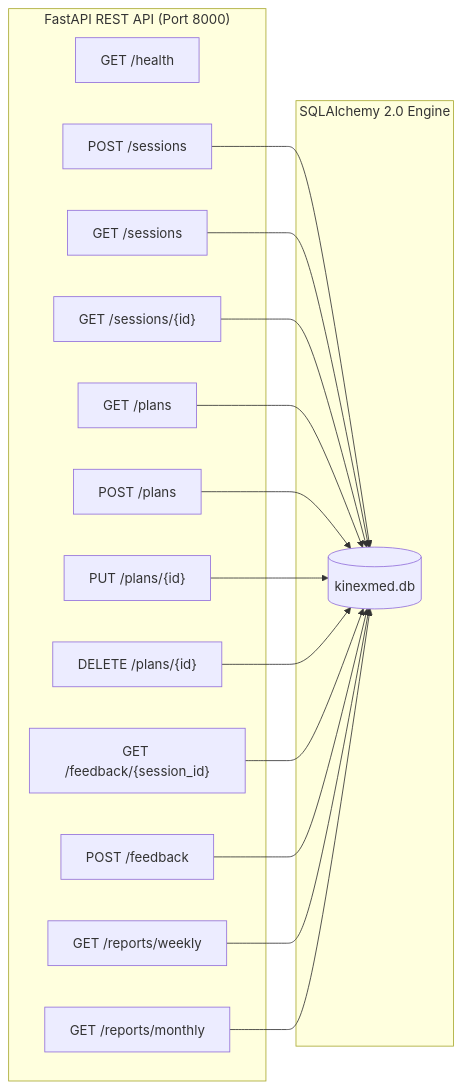
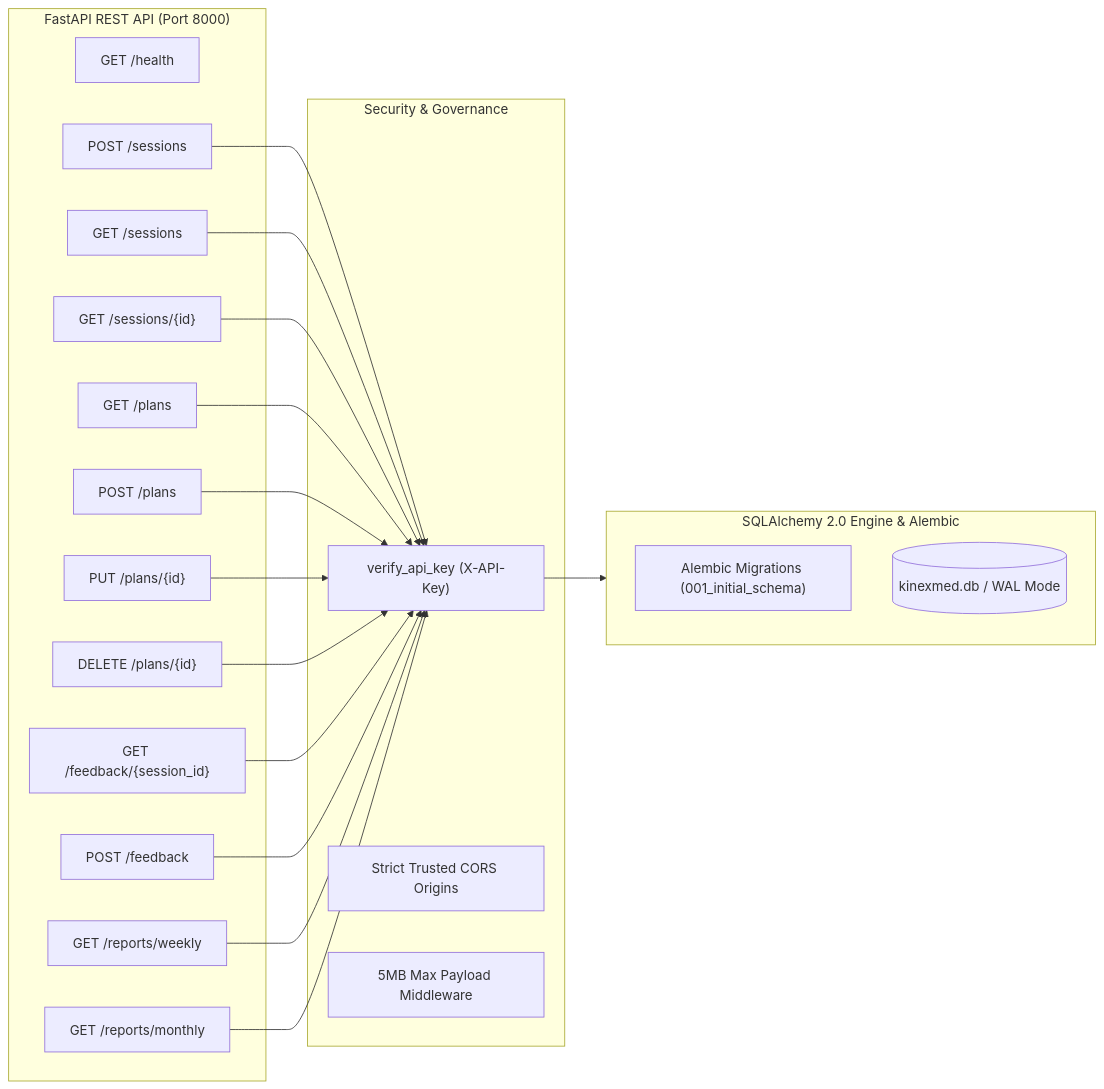
One commit to KatkamKoushik/KinexMed changed the first of 2 diagrams in wiki/Clinician-Portal-and-Backend-API.md. Above: the diagram before and after it, drawn with Mermaid. The commit also changed other lines of this file and 47 other files, not shown here.

````diff
--- a/wiki/Clinician-Portal-and-Backend-API.md
+++ b/wiki/Clinician-Portal-and-Backend-API.md
@@ -11,23 +15,31 @@
 ```mermaid
 graph LR
     subgraph REST["FastAPI REST API (Port 8000)"]
         H["GET /health"]
         S1["POST /sessions"]
         S2["GET /sessions"]
         S3["GET /sessions/{id}"]
         P1["GET /plans"]
         P2["POST /plans"]
         P3["PUT /plans/{id}"]
         P4["DELETE /plans/{id}"]
         F1["GET /feedback/{session_id}"]
         F2["POST /feedback"]
         R1["GET /reports/weekly"]
         R2["GET /reports/monthly"]
     end
 
-    subgraph Storage["SQLAlchemy 2.0 Engine"]
-        DB[(kinexmed.db)]
+    subgraph Security["Security & Governance"]
+        AUTH["verify_api_key (X-API-Key)"]
+        CORS["Strict Trusted CORS Origins"]
+        LIMIT["5MB Max Payload Middleware"]
     end
 
-    S1 & S2 & S3 & P1 & P2 & P3 & P4 & F1 & F2 & R1 & R2 --> DB
+    subgraph Storage["SQLAlchemy 2.0 Engine & Alembic"]
+        ALEMBIC["Alembic Migrations (001_initial_schema)"]
+        DB[(kinexmed.db / WAL Mode)]
+    end
+
+    S1 & S2 & S3 & P1 & P2 & P3 & P4 & F1 & F2 & R1 & R2 --> AUTH
+    AUTH --> Storage
 ```
````
